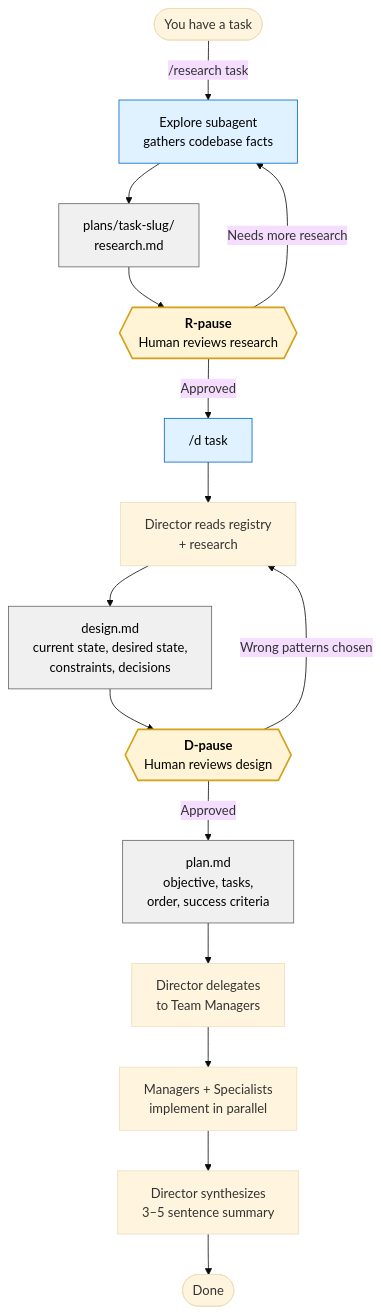
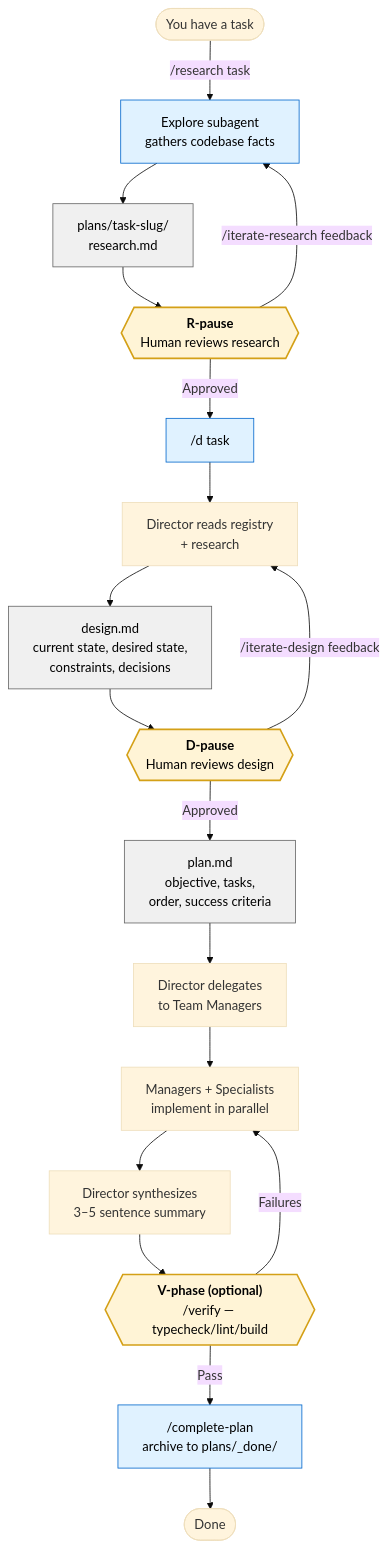
Before and after one commit to loschenbd/claude-agent-boilerplate: the second of 3 diagrams in README.md, drawn with Mermaid (base theme). The commit also changed other lines of this file and 16 other files, not shown here.

First line of the commit message:
feat: ship robustness pass — templates, iteration, verify, examples, multi-repo

````diff
--- a/README.md
+++ b/README.md
@@ -77,26 +90,29 @@
 ```mermaid
 flowchart TD
     Start([You have a task])
     Start -->|"/research task"| Explore[Explore subagent<br/>gathers codebase facts]
     Explore --> RDoc[plans/task-slug/<br/>research.md]
     RDoc --> RGate{{"<b>R-pause</b><br/>Human reviews research"}}
-    RGate -->|Needs more research| Explore
+    RGate -->|"/iterate-research feedback"| Explore
     RGate -->|Approved| DCmd["/d task"]
     DCmd --> Director1[Director reads registry<br/>+ research]
     Director1 --> Design[design.md<br/>current state, desired state,<br/>constraints, decisions]
     Design --> DGate{{"<b>D-pause</b><br/>Human reviews design"}}
-    DGate -->|Wrong patterns chosen| Director1
+    DGate -->|"/iterate-design feedback"| Director1
     DGate -->|Approved| Plan[plan.md<br/>objective, tasks,<br/>order, success criteria]
     Plan --> Delegate[Director delegates<br/>to Team Managers]
     Delegate --> Implement[Managers + Specialists<br/>implement in parallel]
     Implement --> Synth[Director synthesizes<br/>3–5 sentence summary]
-    Synth --> End([Done])
+    Synth --> Verify{{"<b>V-phase (optional)</b><br/>/verify — typecheck/lint/build"}}
+    Verify -->|Failures| Implement
+    Verify -->|Pass| Complete["/complete-plan<br/>archive to plans/_done/"]
+    Complete --> End([Done])
 
     classDef gate fill:#fff4d6,stroke:#d4a017,color:#000,stroke-width:2px
     classDef artifact fill:#f0f0f0,stroke:#666,color:#000
     classDef cmd fill:#e0f2ff,stroke:#0066cc,color:#000
 
-    class RGate,DGate gate
+    class RGate,DGate,Verify gate
     class RDoc,Design,Plan artifact
-    class Explore,DCmd cmd
+    class Explore,DCmd,Complete cmd
 ```
````
